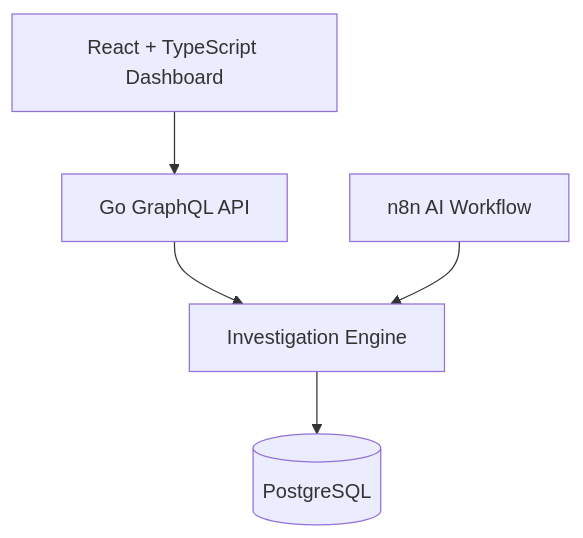
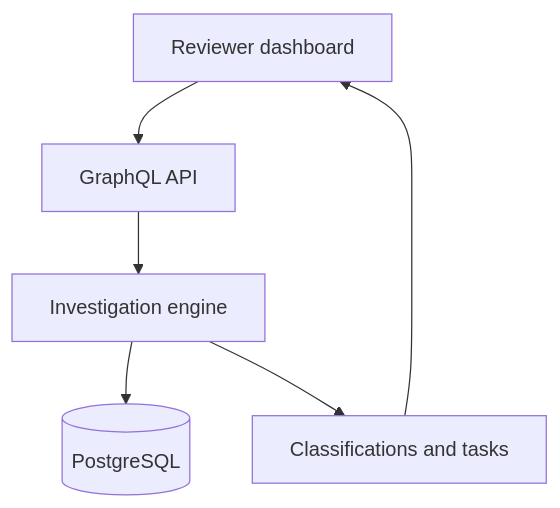
One commit to kiraxo/feedback-investigator changed the diagram in README.md. Above: the diagram before and after it, drawn with Mermaid. The commit also changed other lines of this file, not shown here.

````diff
--- a/README.md
+++ b/README.md
@@ -169,13 +150,8 @@
 ```mermaid
 flowchart TD
-    UI["React + TypeScript Dashboard"]
-    API["Go GraphQL API"]
-    ENGINE["Investigation Engine"]
-    DB[("PostgreSQL")]
-    N8N["n8n AI Workflow"]
-
-    UI --> API
-    API --> ENGINE
-    ENGINE --> DB
-    N8N --> ENGINE
+    A["Reviewer dashboard"] --> B["GraphQL API"]
+    B --> C["Investigation engine"]
+    C --> D[("PostgreSQL")]
+    C --> E["Classifications and tasks"]
+    E --> A
 ```
````
